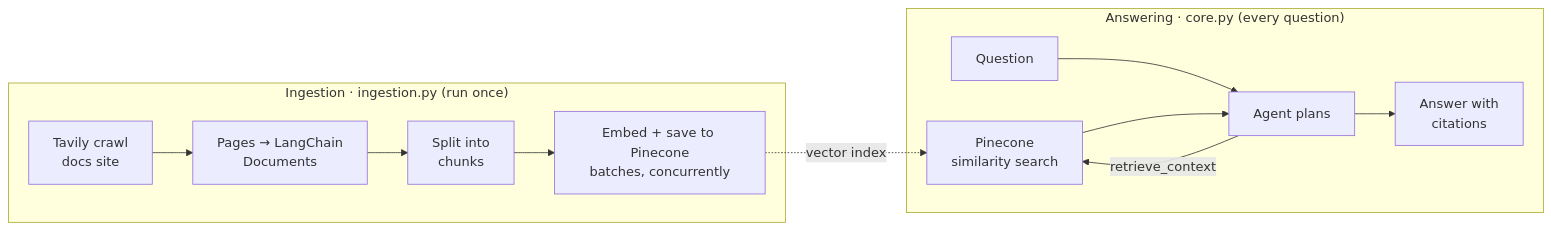
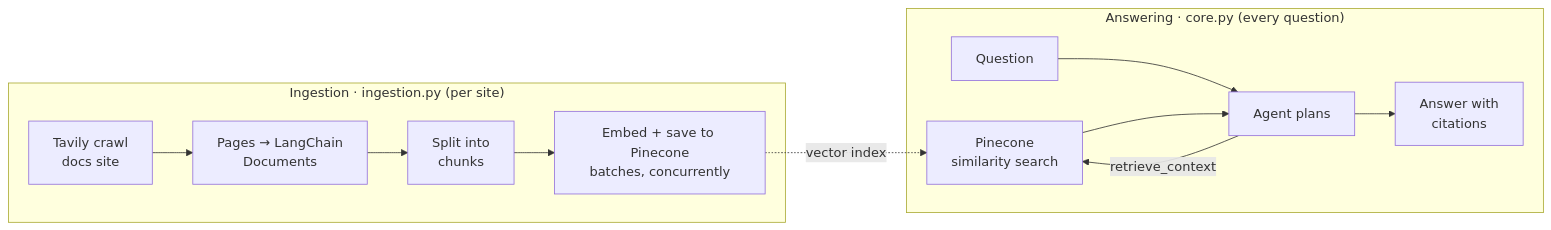
One commit to hudezz/documentation-assistant changed the diagram in README.md. Above: the diagram before and after it, drawn with Mermaid. The commit also changed other lines of this file and 10 other files, not shown here.

````diff
--- a/README.md
+++ b/README.md
@@ -22,17 +23,17 @@
 ```mermaid
 flowchart LR
-    subgraph Ingestion["Ingestion · ingestion.py (run once)"]
+    subgraph Ingestion["Ingestion · ingestion.py (per site)"]
         A[Tavily crawl<br/>docs site] --> B[Pages → LangChain<br/>Documents]
         B --> C[Split into<br/>chunks]
         C --> D[Embed + save to Pinecone<br/>batches, concurrently]
     end
 
     subgraph Answering["Answering · core.py (every question)"]
         Q[Question] --> P[Agent plans]
         P -->|retrieve_context| S[Pinecone<br/>similarity search]
         S --> P
         P --> W[Answer with<br/>citations]
     end
 
     D -. vector index .-> S
 ```
````
